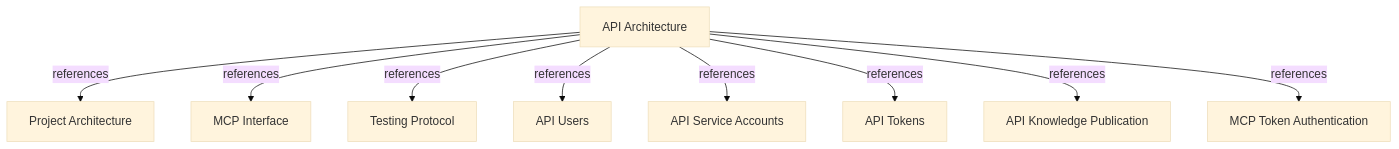
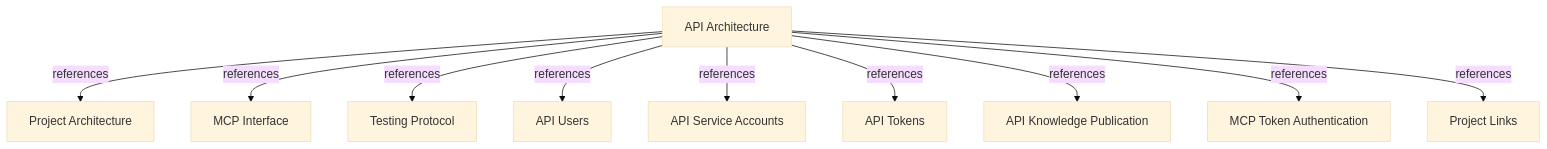
The second of 2 diagrams in docs/adr/API.md (romabeckman/harness-memory), drawn with Mermaid (base theme) before and after one commit. The commit also changed other lines of this file and 194 other files, not shown here.

First line of the commit message:
feat(project-links): add cross-project links across api, mcp, and web

````diff
--- a/docs/adr/API.md
+++ b/docs/adr/API.md
@@ -119,19 +123,21 @@
 ```mermaid
 graph TD
     API["API Architecture"] -->|references| ARCH["Project Architecture"]
     API -->|references| MCP["MCP Interface"]
     API -->|references| TESTS["Testing Protocol"]
     API -->|references| USERS["API Users"]
     API -->|references| ACCOUNTS["API Service Accounts"]
     API -->|references| TOKENS["API Tokens"]
     API -->|references| PUBLICATION["API Knowledge Publication"]
     API -->|references| AUTH["MCP Token Authentication"]
+    API -->|references| LINKS["Project Links"]
     click ARCH "./ARCHITECTURE.md"
     click MCP "./MCP.md"
     click TESTS "./TESTS.md"
     click USERS "../feature/api/users.md"
     click ACCOUNTS "../feature/api/service-accounts.md"
     click TOKENS "../feature/api/tokens.md"
     click PUBLICATION "../feature/api/knowledge-publication.md"
     click AUTH "../feature/mcp/token-authentication.md"
+    click LINKS "../feature/project-links.md"
 ```
````
